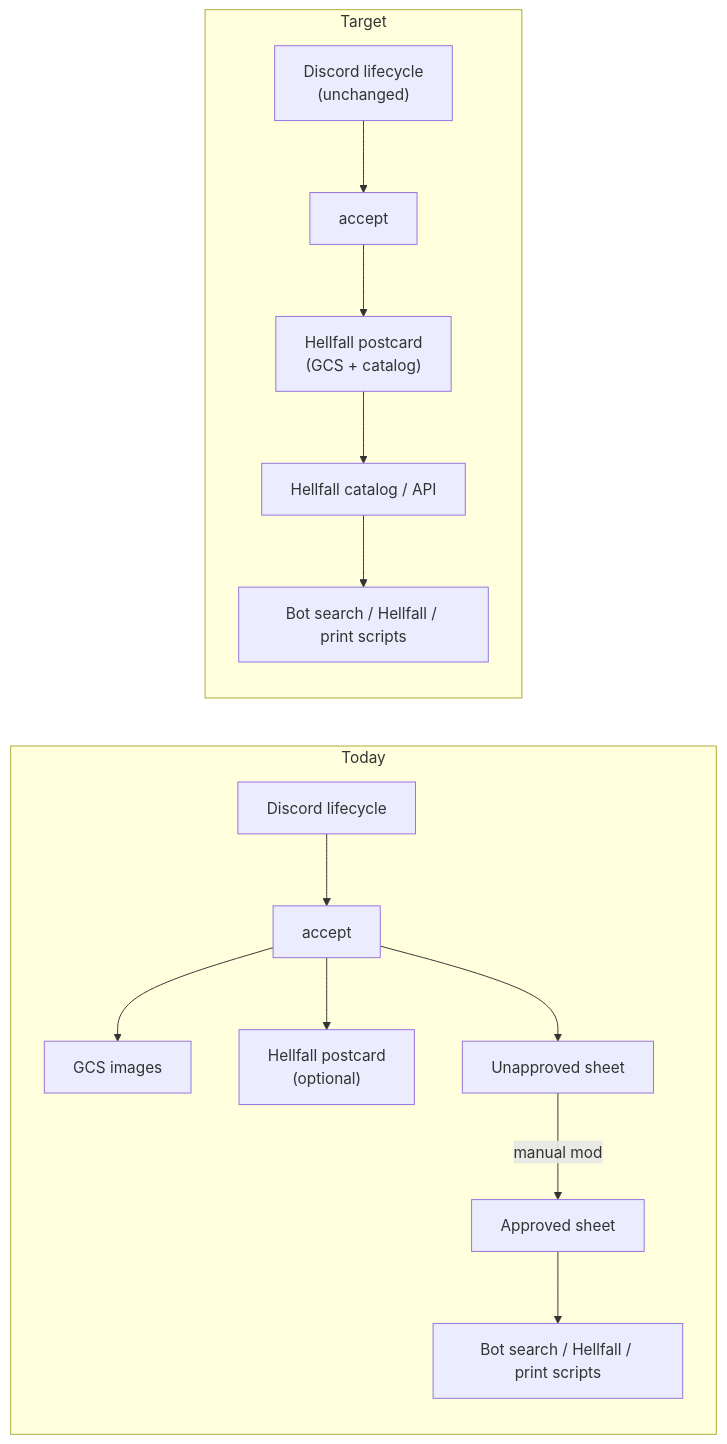
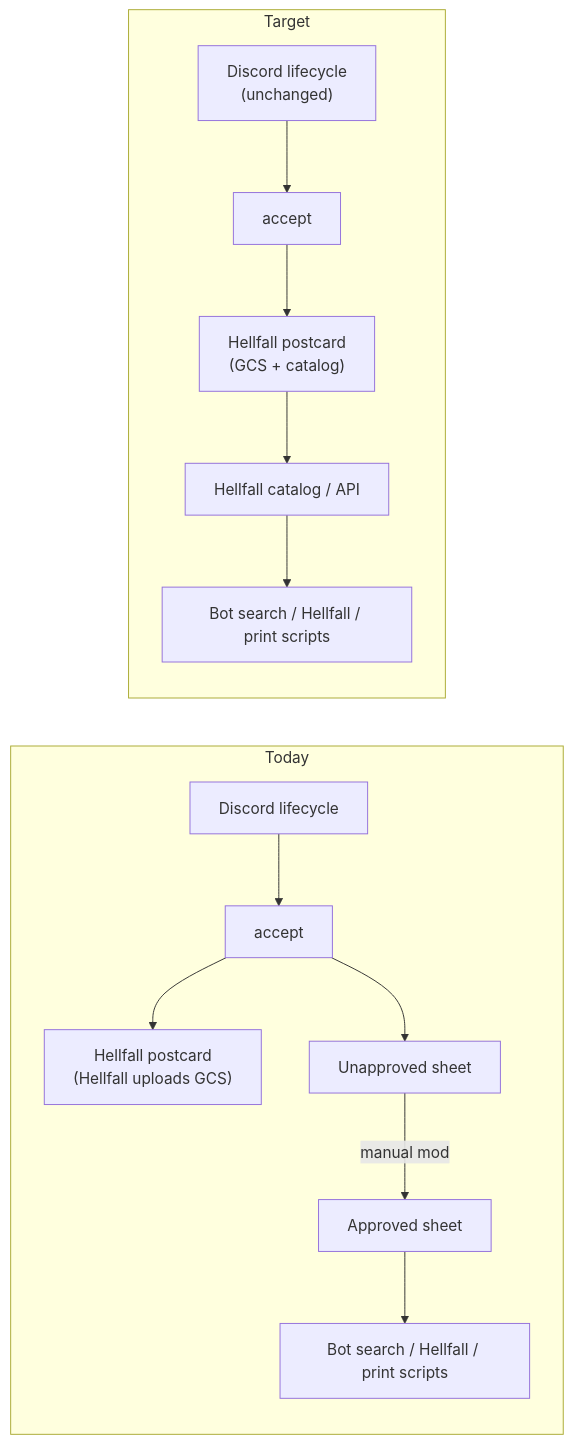
Before and after one commit to bones-bones/mork: the first of 7 diagrams in docs/card-flows/post-sheets.md, drawn with Mermaid. The commit also changed other lines of this file and 5 other files, not shown here.

First line of the commit message:
Fix inverted branches and stale thresholds in card-flow Mermaid docs. (#183)

````diff
--- a/docs/card-flows/post-sheets.md
+++ b/docs/card-flows/post-sheets.md
@@ -13,18 +13,17 @@
 ```mermaid
 flowchart LR
   subgraph today["Today"]
     D1["Discord lifecycle"] --> A1["accept"]
-    A1 --> G1["GCS images"]
-    A1 --> H1["Hellfall postcard<br/>(optional)"]
+    A1 --> H1["Hellfall postcard<br/>(Hellfall uploads GCS)"]
     A1 --> S1["Unapproved sheet"]
     S1 -->|"manual mod"| S2["Approved sheet"]
     S2 --> B1["Bot search / Hellfall / print scripts"]
   end
 
   subgraph target["Target"]
     D2["Discord lifecycle<br/>(unchanged)"] --> A2["accept"]
     A2 --> H2["Hellfall postcard<br/>(GCS + catalog)"]
     H2 --> C2["Hellfall catalog / API"]
     C2 --> B2["Bot search / Hellfall / print scripts"]
   end
 ```
````
